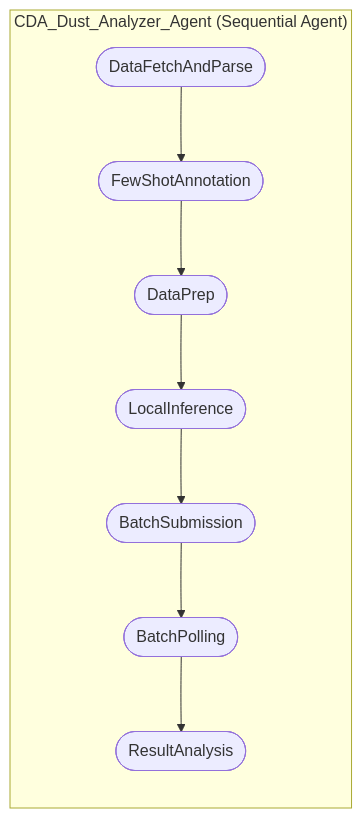
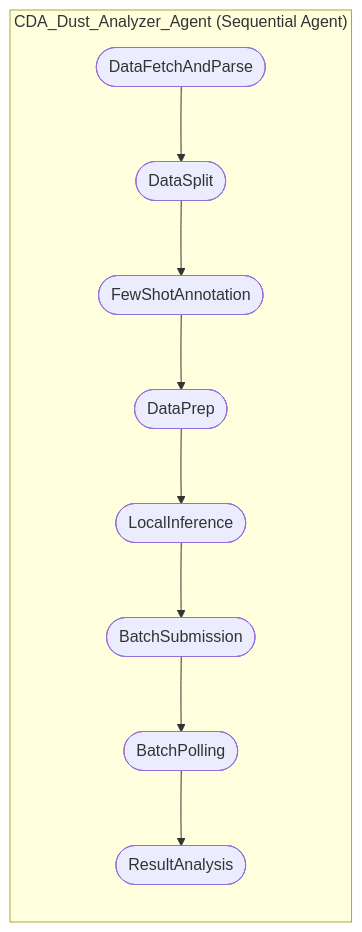
Before and after one commit to turanbulmus/cda-dust-analyzer: the diagram in README.md, drawn with Mermaid. The commit also changed other lines of this file and 1 other file, not shown here.

Commit message:
feat: upgrade to Gemini 3.1 Pro, introduce DataSplitAgent, and expand configuration options for dataset targeting and prompt optimization.

````diff
--- a/README.md
+++ b/README.md
@@ -21,12 +21,13 @@
 ```mermaid
 flowchart LR
     subgraph "CDA_Dust_Analyzer_Agent (Sequential Agent)"
         DataFetchAndParse([DataFetchAndParse])
-        DataFetchAndParse --> FewShotAnnotation([FewShotAnnotation])
+        DataFetchAndParse --> DataSplit([DataSplit])
+        DataSplit --> FewShotAnnotation([FewShotAnnotation])
         FewShotAnnotation --> DataPrep([DataPrep])
         DataPrep --> LocalInference([LocalInference])
         LocalInference --> BatchSubmission([BatchSubmission])
         BatchSubmission --> BatchPolling([BatchPolling])
         BatchPolling --> ResultAnalysis([ResultAnalysis])
     end
 ```
````
